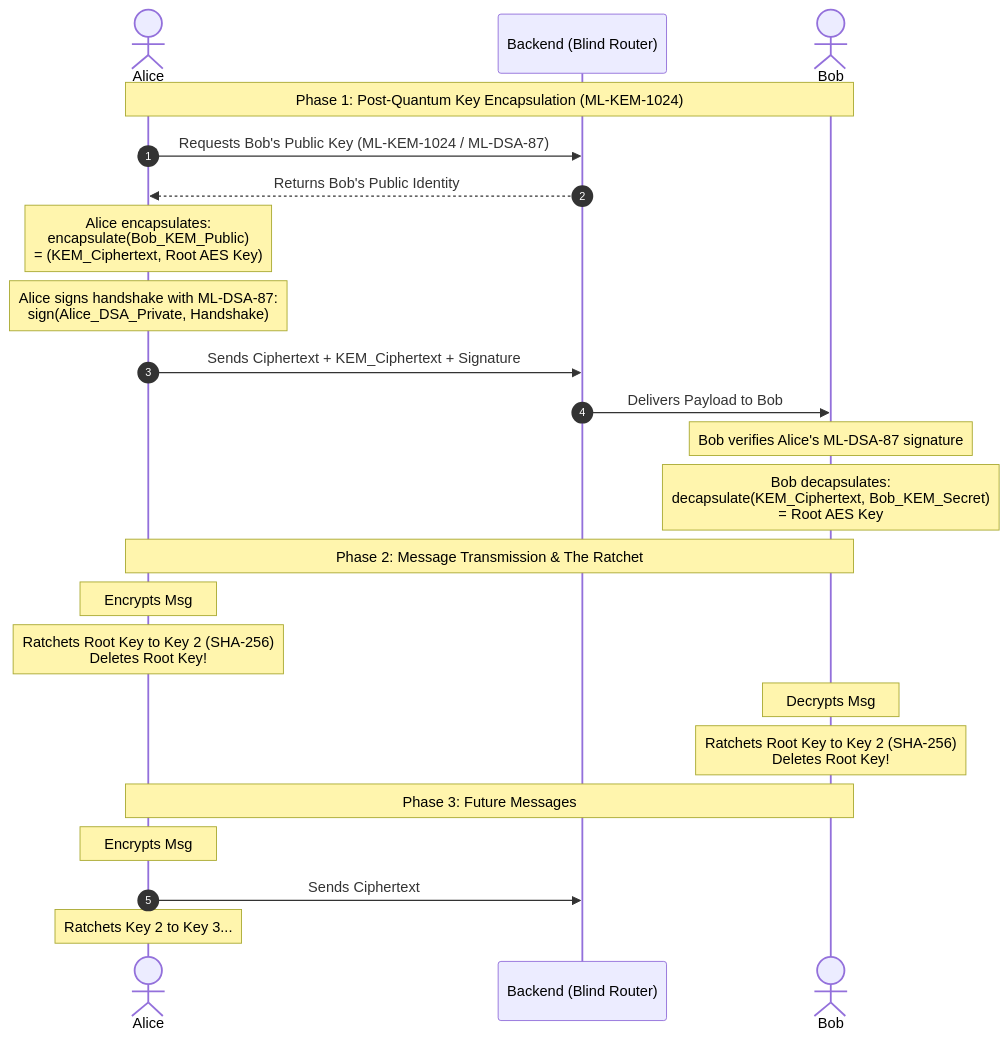
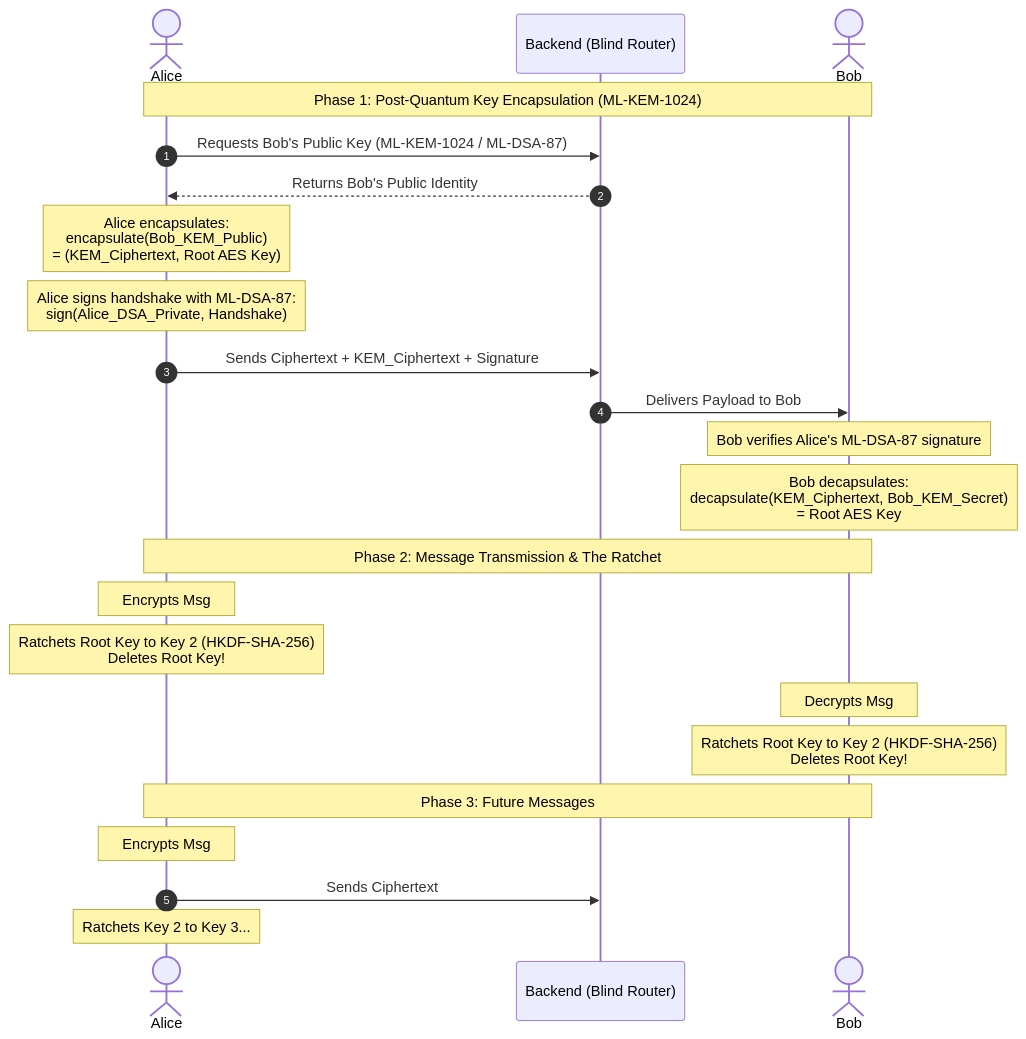
One commit to anchaljain06/major-project-Krypt changed the second of 3 diagrams in README.md. Above: the diagram before and after it, drawn with Mermaid. The commit also changed other lines of this file and 2 other files, not shown here.

First line of the commit message:
docs: reword security claims per strategy 7.3, add Roadmap (v1)

````diff
--- a/README.md
+++ b/README.md
@@ -60,29 +62,29 @@
 ```mermaid
 sequenceDiagram
     autonumber
     actor Alice
     participant Express as Backend (Blind Router)
     actor Bob
 
     note over Alice, Bob: Phase 1: Post-Quantum Key Encapsulation (ML-KEM-1024)
     Alice->>Express: Requests Bob's Public Key (ML-KEM-1024 / ML-DSA-87)
     Express-->>Alice: Returns Bob's Public Identity
     note over Alice: Alice encapsulates: <br/> encapsulate(Bob_KEM_Public) <br/> = (KEM_Ciphertext, Root AES Key)
     note over Alice: Alice signs handshake with ML-DSA-87: <br/> sign(Alice_DSA_Private, Handshake)
     Alice->>Express: Sends Ciphertext + KEM_Ciphertext + Signature
     Express->>Bob: Delivers Payload to Bob
     note over Bob: Bob verifies Alice's ML-DSA-87 signature
     note over Bob: Bob decapsulates: <br/> decapsulate(KEM_Ciphertext, Bob_KEM_Secret) <br/> = Root AES Key
 
     note over Alice, Bob: Phase 2: Message Transmission & The Ratchet
-    note over Alice: Encrypts Msg #1 with Root Key (WASM AES-GCM)
-    note over Alice: Ratchets Root Key to Key 2 (SHA-256)<br/>Deletes Root Key!
+    note over Alice: Encrypts Msg #1 with Root Key (AES-256-GCM)
+    note over Alice: Ratchets Root Key to Key 2 (HKDF-SHA-256)<br/>Deletes Root Key!
     
     note over Bob: Decrypts Msg #1 with Root Key
-    note over Bob: Ratchets Root Key to Key 2 (SHA-256)<br/>Deletes Root Key!
+    note over Bob: Ratchets Root Key to Key 2 (HKDF-SHA-256)<br/>Deletes Root Key!
     
     note over Alice, Bob: Phase 3: Future Messages
     note over Alice: Encrypts Msg #2 with Key 2
     Alice->>Express: Sends Ciphertext
     note over Alice: Ratchets Key 2 to Key 3...
 ```
````
